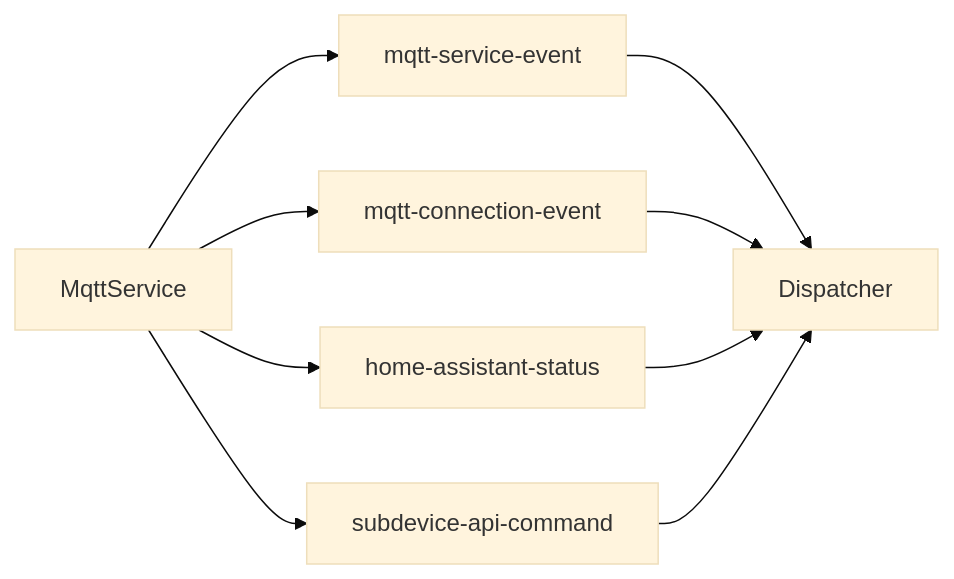
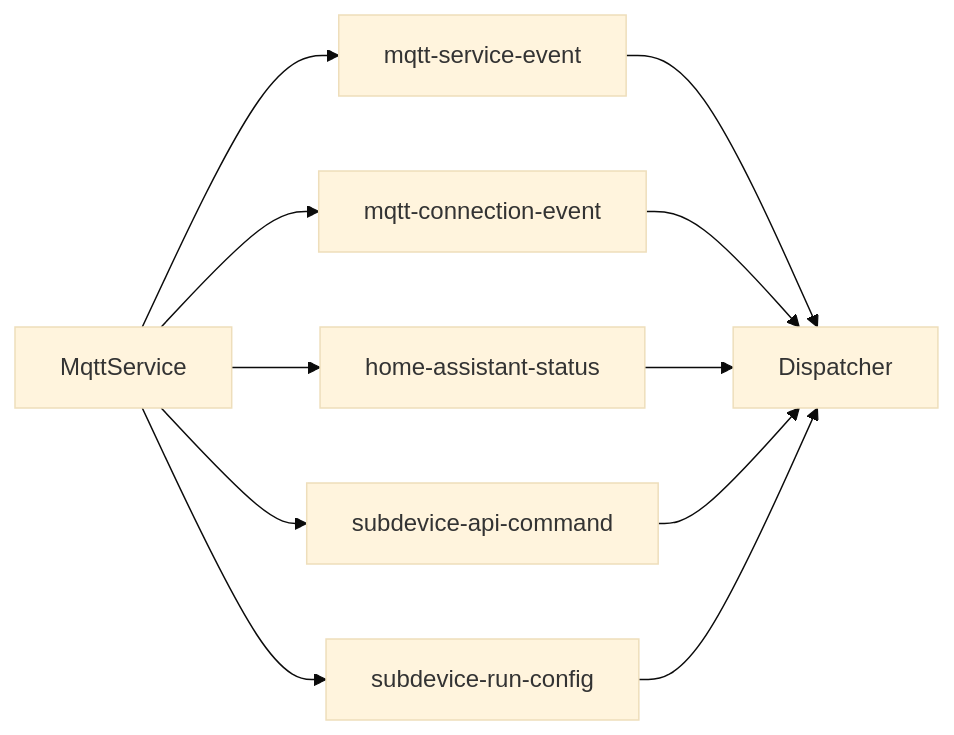
One commit to mplogas/ecowitt-controller changed the seventh of 10 diagrams in docs/architecture.md. Above: the diagram before and after it, drawn with Mermaid (base theme). The commit also changed other lines of this file and 2 other files, not shown here.

Commit message:
docs: document valve run modes (HA entities, command topics, bus flow)

````diff
--- a/docs/architecture.md
+++ b/docs/architecture.md
@@ -97,7 +120,8 @@
 ```mermaid
 flowchart LR
     MQTT[MqttService] --> MSE[mqtt-service-event] --> DISP[Dispatcher]
     MQTT --> MCE[mqtt-connection-event] --> DISP
     MQTT --> HAS[home-assistant-status] --> DISP
     MQTT --> SAC[subdevice-api-command] --> DISP
+    MQTT --> SRC[subdevice-run-config] --> DISP
 ```
````
